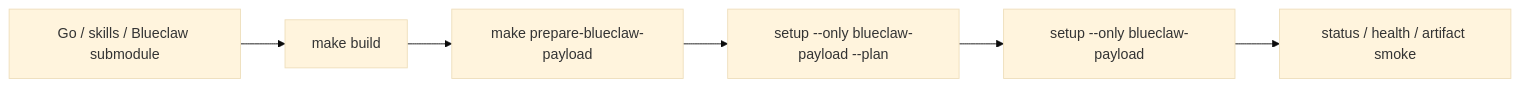
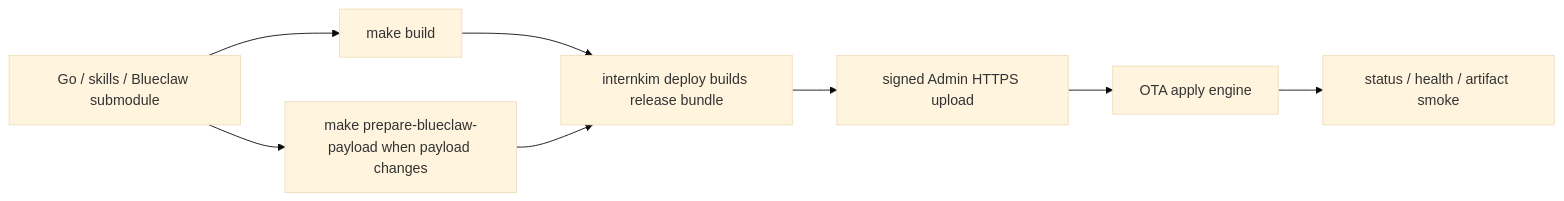
The third of 3 diagrams in docs/architecture.md (yeomyeonggeori/internkim), drawn with Mermaid (base theme) before and after one commit. The commit also changed other lines of this file and 3 other files, not shown here.

Commit message:
Document direct OTA deploy flow

````diff
--- a/docs/architecture.md
+++ b/docs/architecture.md
@@ -193,8 +193,10 @@
 ```mermaid
 flowchart LR
   Code["Go / skills / Blueclaw submodule"] --> Build["make build"]
-  Build --> Payload["make prepare-blueclaw-payload"]
-  Payload --> Plan["setup --only blueclaw-payload --plan"]
-  Plan --> Deploy["setup --only blueclaw-payload"]
-  Deploy --> Verify["status / health / artifact smoke"]
+  Build --> Bundle["internkim deploy builds release bundle"]
+  Bundle --> Upload["signed Admin HTTPS upload"]
+  Upload --> Apply["OTA apply engine"]
+  Apply --> Verify["status / health / artifact smoke"]
+  Code --> Payload["make prepare-blueclaw-payload when payload changes"]
+  Payload --> Bundle
 ```
````
